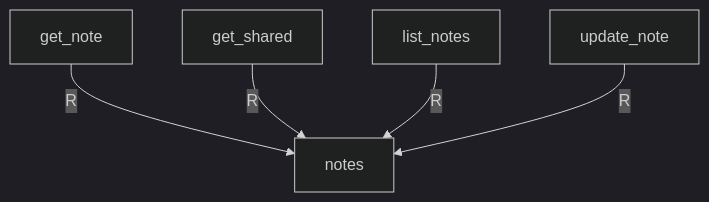
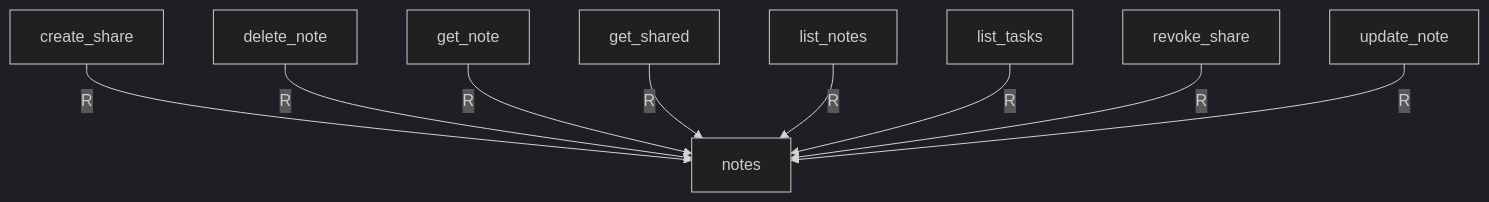
Diagram 11 of 14 in docs/generated/database/crud.gen.md (tsuji-tomonori/CornellNoteWebv2), drawn with Mermaid (dark theme) before and after one commit. The commit also changed other lines of this file and 194 other files, not shown here.

````diff
--- a/docs/generated/database/crud.gen.md
+++ b/docs/generated/database/crud.gen.md
@@ -28,8 +112,12 @@
 ```mermaid
 flowchart TD
   DB["notes"]
-  A0["get_note"] -->|R| DB
-  A1["get_shared"] -->|R| DB
-  A2["list_notes"] -->|R| DB
-  A3["update_note"] -->|R| DB
+  A0["create_share"] -->|R| DB
+  A1["delete_note"] -->|R| DB
+  A2["get_note"] -->|R| DB
+  A3["get_shared"] -->|R| DB
+  A4["list_notes"] -->|R| DB
+  A5["list_tasks"] -->|R| DB
+  A6["revoke_share"] -->|R| DB
+  A7["update_note"] -->|R| DB
 ```
````
